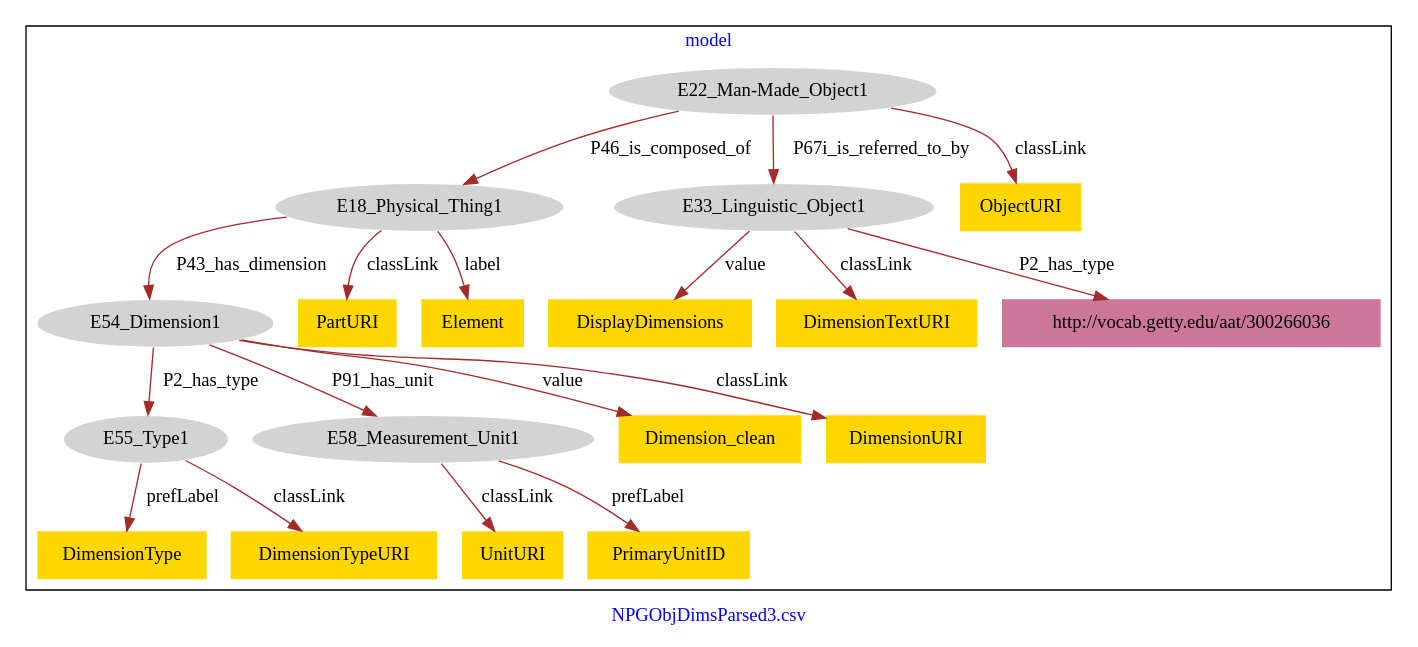
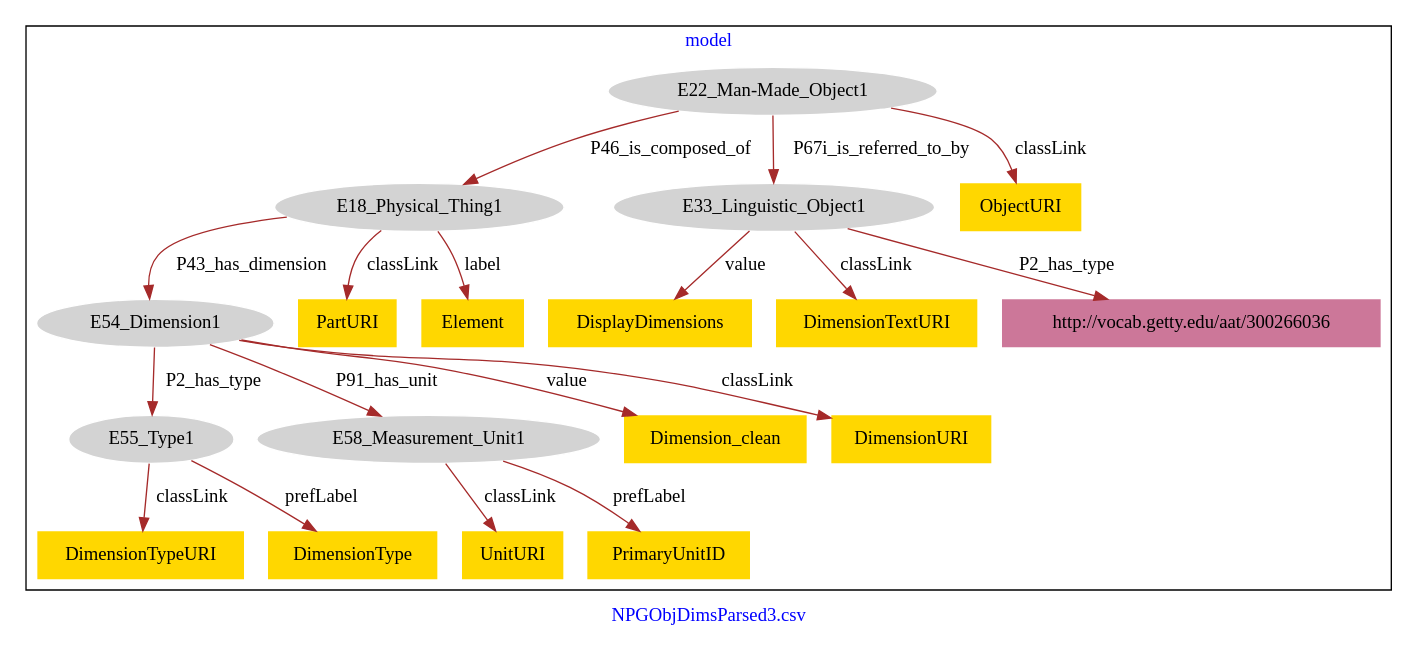
Before and after one commit to american-art/npg: the diagram in NPGDimsParsed/NPGDims-model.dot, drawn with Graphviz.

Commit message:
Update file NPGDims-model.dot

```diff
--- a/NPGDimsParsed/NPGDims-model.dot
+++ b/NPGDimsParsed/NPGDims-model.dot
@@ -1,43 +1,43 @@
 digraph n0 {
 fontcolor="blue"
 remincross="true"
 label="NPGObjDimsParsed3.csv"
 subgraph cluster {
 label="model"
 n2[style="filled",color="white",fillcolor="lightgray",label="E18_Physical_Thing1"];
 n3[style="filled",color="white",fillcolor="lightgray",label="E54_Dimension1"];
 n4[style="filled",color="white",fillcolor="lightgray",label="E22_Man-Made_Object1"];
 n5[style="filled",color="white",fillcolor="lightgray",label="E33_Linguistic_Object1"];
 n6[style="filled",color="white",fillcolor="lightgray",label="E55_Type1"];
 n7[style="filled",color="white",fillcolor="lightgray",label="E58_Measurement_Unit1"];
-n8[shape="plaintext",style="filled",fillcolor="gold",label="DisplayDimensions"];
-n9[shape="plaintext",style="filled",fillcolor="gold",label="UnitURI"];
-n10[shape="plaintext",style="filled",fillcolor="gold",label="DimensionType"];
-n11[shape="plaintext",style="filled",fillcolor="gold",label="PrimaryUnitID"];
-n12[shape="plaintext",style="filled",fillcolor="gold",label="DimensionTypeURI"];
-n13[shape="plaintext",style="filled",fillcolor="gold",label="DimensionTextURI"];
-n14[shape="plaintext",style="filled",fillcolor="gold",label="PartURI"];
-n15[shape="plaintext",style="filled",fillcolor="gold",label="Dimension_clean"];
-n16[shape="plaintext",style="filled",fillcolor="gold",label="DimensionURI"];
-n17[shape="plaintext",style="filled",fillcolor="gold",label="Element"];
-n18[shape="plaintext",style="filled",fillcolor="gold",label="ObjectURI"];
+n8[shape="plaintext",style="filled",fillcolor="gold",label="Dimension_clean"];
+n9[shape="plaintext",style="filled",fillcolor="gold",label="ObjectURI"];
+n10[shape="plaintext",style="filled",fillcolor="gold",label="PartURI"];
+n11[shape="plaintext",style="filled",fillcolor="gold",label="DimensionTypeURI"];
+n12[shape="plaintext",style="filled",fillcolor="gold",label="UnitURI"];
+n13[shape="plaintext",style="filled",fillcolor="gold",label="Element"];
+n14[shape="plaintext",style="filled",fillcolor="gold",label="DimensionType"];
+n15[shape="plaintext",style="filled",fillcolor="gold",label="DisplayDimensions"];
+n16[shape="plaintext",style="filled",fillcolor="gold",label="DimensionTextURI"];
+n17[shape="plaintext",style="filled",fillcolor="gold",label="PrimaryUnitID"];
+n18[shape="plaintext",style="filled",fillcolor="gold",label="DimensionURI"];
 n19[shape="plaintext",style="filled",fillcolor="#CC7799",label="http://vocab.getty.edu/aat/300266036"];
 }
 n2 -> n3[color="brown",fontcolor="black",label="P43_has_dimension"]
 n4 -> n2[color="brown",fontcolor="black",label="P46_is_composed_of"]
 n4 -> n5[color="brown",fontcolor="black",label="P67i_is_referred_to_by"]
 n3 -> n6[color="brown",fontcolor="black",label="P2_has_type"]
 n3 -> n7[color="brown",fontcolor="black",label="P91_has_unit"]
-n5 -> n8[color="brown",fontcolor="black",label="value"]
-n7 -> n9[color="brown",fontcolor="black",label="classLink"]
-n6 -> n10[color="brown",fontcolor="black",label="prefLabel"]
-n7 -> n11[color="brown",fontcolor="black",label="prefLabel"]
-n6 -> n12[color="brown",fontcolor="black",label="classLink"]
-n5 -> n13[color="brown",fontcolor="black",label="classLink"]
-n2 -> n14[color="brown",fontcolor="black",label="classLink"]
-n3 -> n15[color="brown",fontcolor="black",label="value"]
-n3 -> n16[color="brown",fontcolor="black",label="classLink"]
-n2 -> n17[color="brown",fontcolor="black",label="label"]
-n4 -> n18[color="brown",fontcolor="black",label="classLink"]
+n3 -> n8[color="brown",fontcolor="black",label="value"]
+n4 -> n9[color="brown",fontcolor="black",label="classLink"]
+n2 -> n10[color="brown",fontcolor="black",label="classLink"]
+n6 -> n11[color="brown",fontcolor="black",label="classLink"]
+n7 -> n12[color="brown",fontcolor="black",label="classLink"]
+n2 -> n13[color="brown",fontcolor="black",label="label"]
+n6 -> n14[color="brown",fontcolor="black",label="prefLabel"]
+n5 -> n15[color="brown",fontcolor="black",label="value"]
+n5 -> n16[color="brown",fontcolor="black",label="classLink"]
+n7 -> n17[color="brown",fontcolor="black",label="prefLabel"]
+n3 -> n18[color="brown",fontcolor="black",label="classLink"]
 n5 -> n19[color="brown",fontcolor="black",label="P2_has_type"]
 }
```
